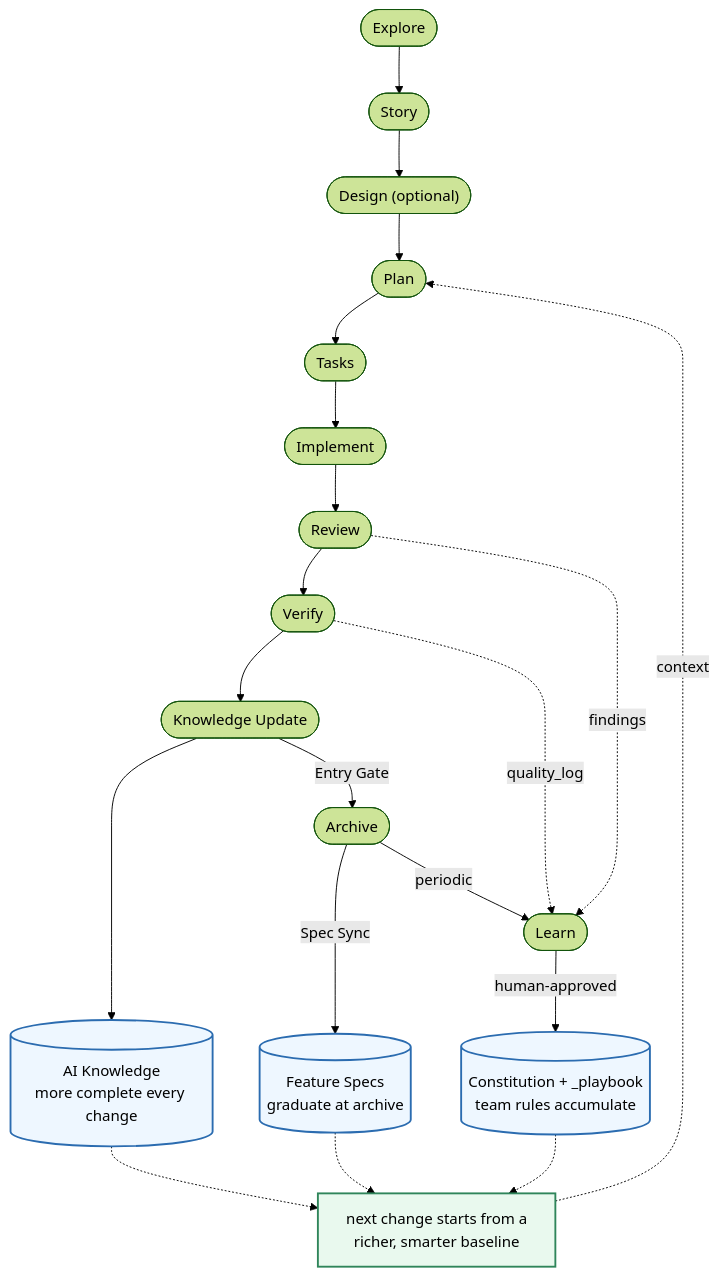
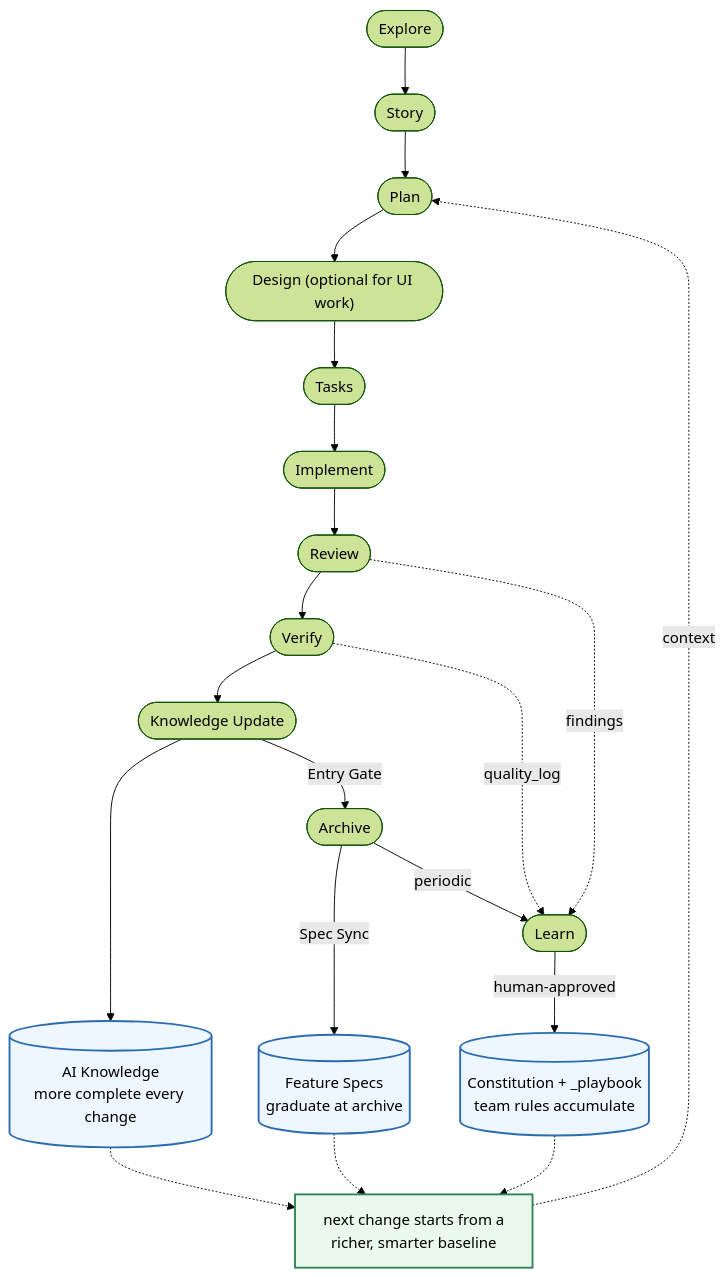
The first of 2 diagrams in README.md (benwu95/prospec), drawn with Mermaid (forest theme) before and after one commit. The commit also changed other lines of this file and 15 other files, not shown here.

````diff
--- a/README.md
+++ b/README.md
@@ -354,21 +387,21 @@
 ```mermaid
 flowchart TD
-    E([Explore]) --> S([Story]) --> D(["Design (optional)"]) --> P([Plan]) --> T([Tasks]) --> I([Implement]) --> R([Review]) --> V([Verify]) --> KU([Knowledge Update]) -- Entry Gate --> A([Archive]) -- periodic --> L([Learn])
+    E([Explore]) --> S([Story]) --> P([Plan]) --> D(["Design (optional for UI work)"]) --> T([Tasks]) --> I([Implement]) --> R([Review]) --> V([Verify]) --> KU([Knowledge Update]) -- Entry Gate --> A([Archive]) -- periodic --> L([Learn])
 
     V -. quality_log .-> L
     R -. findings .-> L
     L -- human-approved --> RULES[("Constitution + _playbook<br/>team rules accumulate")]
 
     KU --> AK[("AI Knowledge<br/>more complete every change")]
     A -- Spec Sync --> FS[("Feature Specs<br/>graduate at archive")]
 
     AK -.-> NEXT["next change starts from a<br/>richer, smarter baseline"]
     FS -.-> NEXT
     RULES -.-> NEXT
     NEXT -. context .-> P
 
     classDef asset fill:#eef7ff,stroke:#2b6cb0,stroke-width:2px;
     classDef gain fill:#e9f9ee,stroke:#2f855a,stroke-width:2px;
     class AK,FS,RULES asset;
     class NEXT gain;
 ```
````
